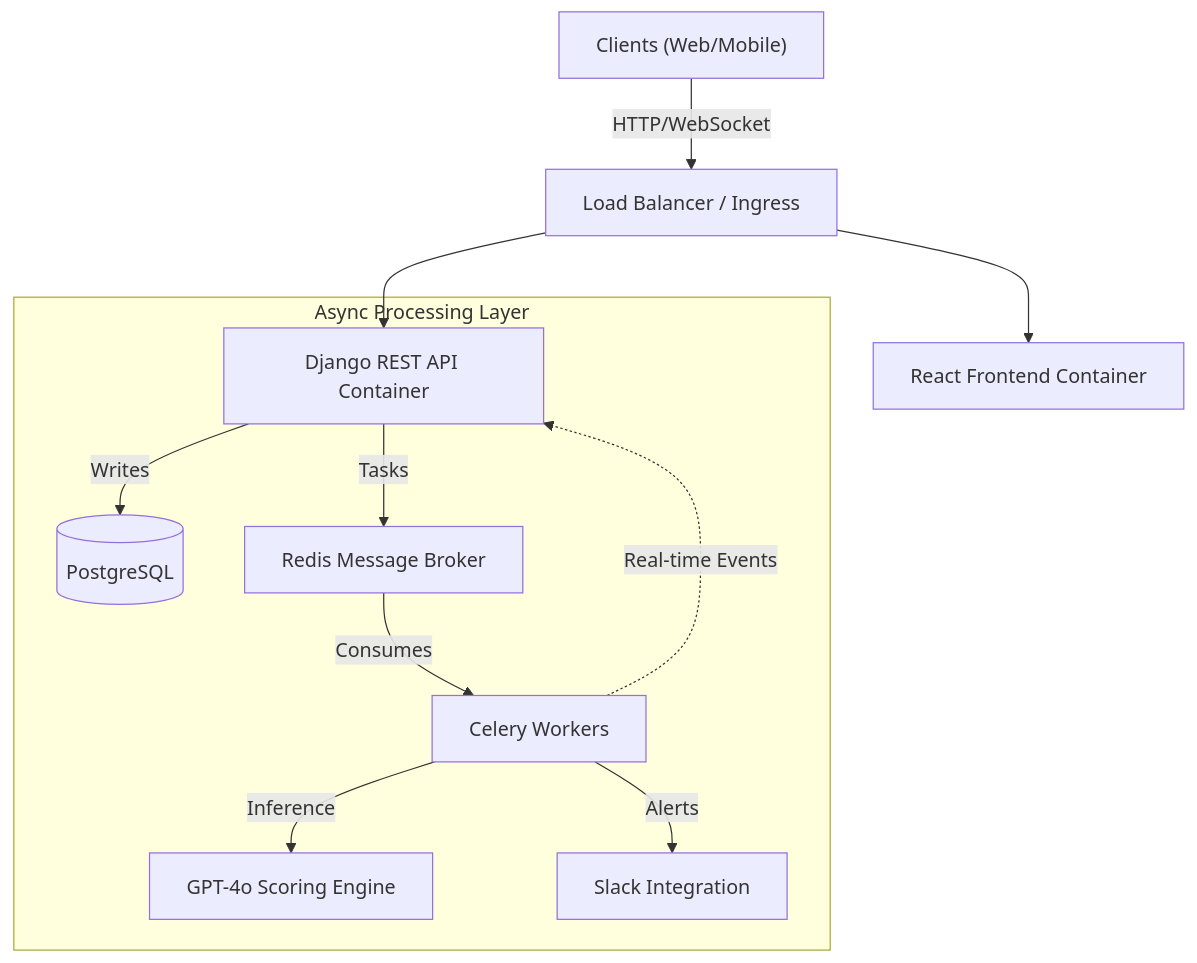
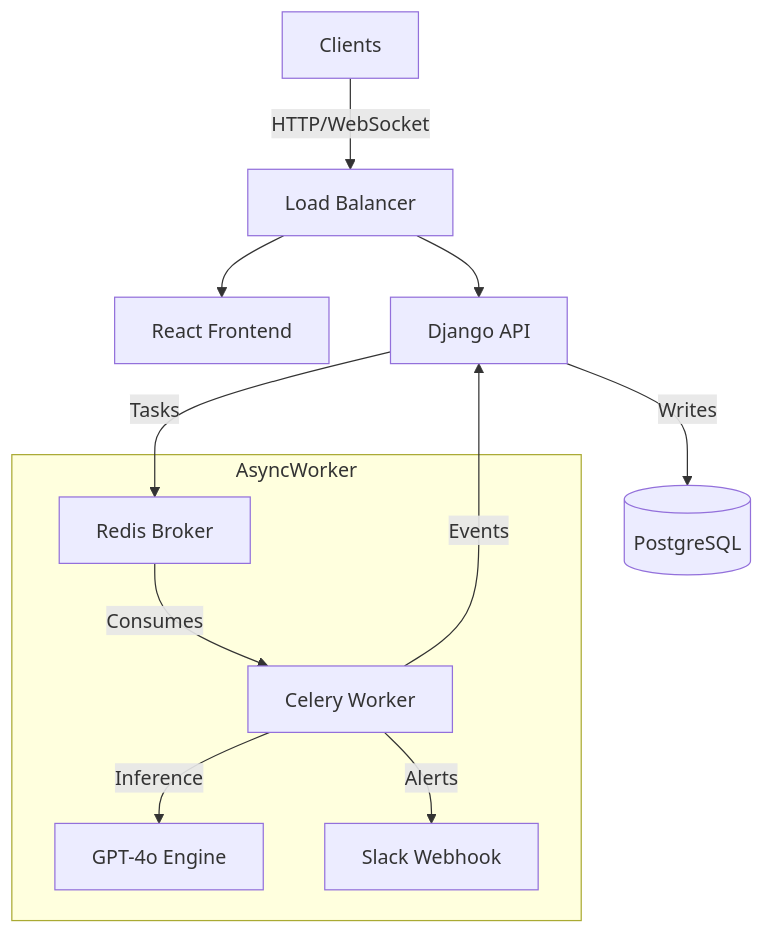
Before and after one commit to namitrathod/HireSphere: the diagram in README.md, drawn with Mermaid.

Commit message:
mermaid diagram fix

````diff
--- a/README.md
+++ b/README.md
@@ -29,16 +29,17 @@
 ```mermaid
 graph TD
-    User["Clients (Web/Mobile)"] -->|HTTP/WebSocket| LB["Load Balancer / Ingress"]
-    LB --> Frontend["React Frontend Container"]
-    LB --> Backend["Django REST API Container"]
+    User[Clients] -->|HTTP/WebSocket| LB[Load Balancer]
+    LB --> Frontend[React Frontend]
+    LB --> Backend[Django API]
     
-    subgraph "Async Processing Layer"
-        Backend -->|Writes| DB[("PostgreSQL")]
-        Backend -->|Tasks| Redis["Redis Message Broker"]
-        Redis -->|Consumes| Celery["Celery Workers"]
-        Celery -->|Inference| OpenAI["GPT-4o Scoring Engine"]
-        Celery -->|Alerts| Slack["Slack Integration"]
+    Backend -->|Writes| DB[(PostgreSQL)]
+    Backend -->|Tasks| Redis[Redis Broker]
+    
+    subgraph AsyncWorker
+        Redis -->|Consumes| Celery[Celery Worker]
+        Celery -->|Inference| OpenAI[GPT-4o Engine]
+        Celery -->|Alerts| Slack[Slack Webhook]
     end
     
-    Celery -.->|Real-time Events| Backend
+    Celery -->|Events| Backend
 ```
````
